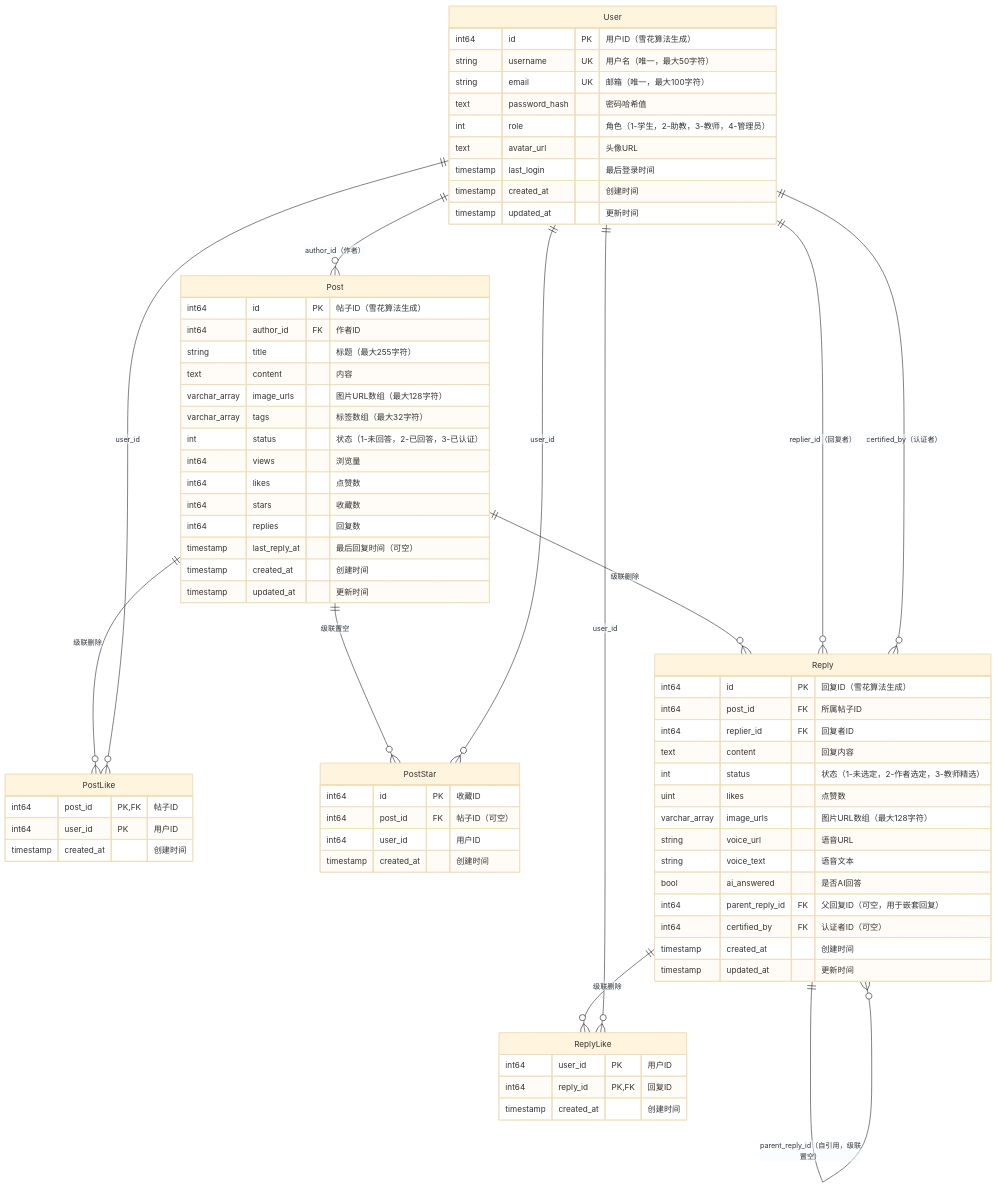
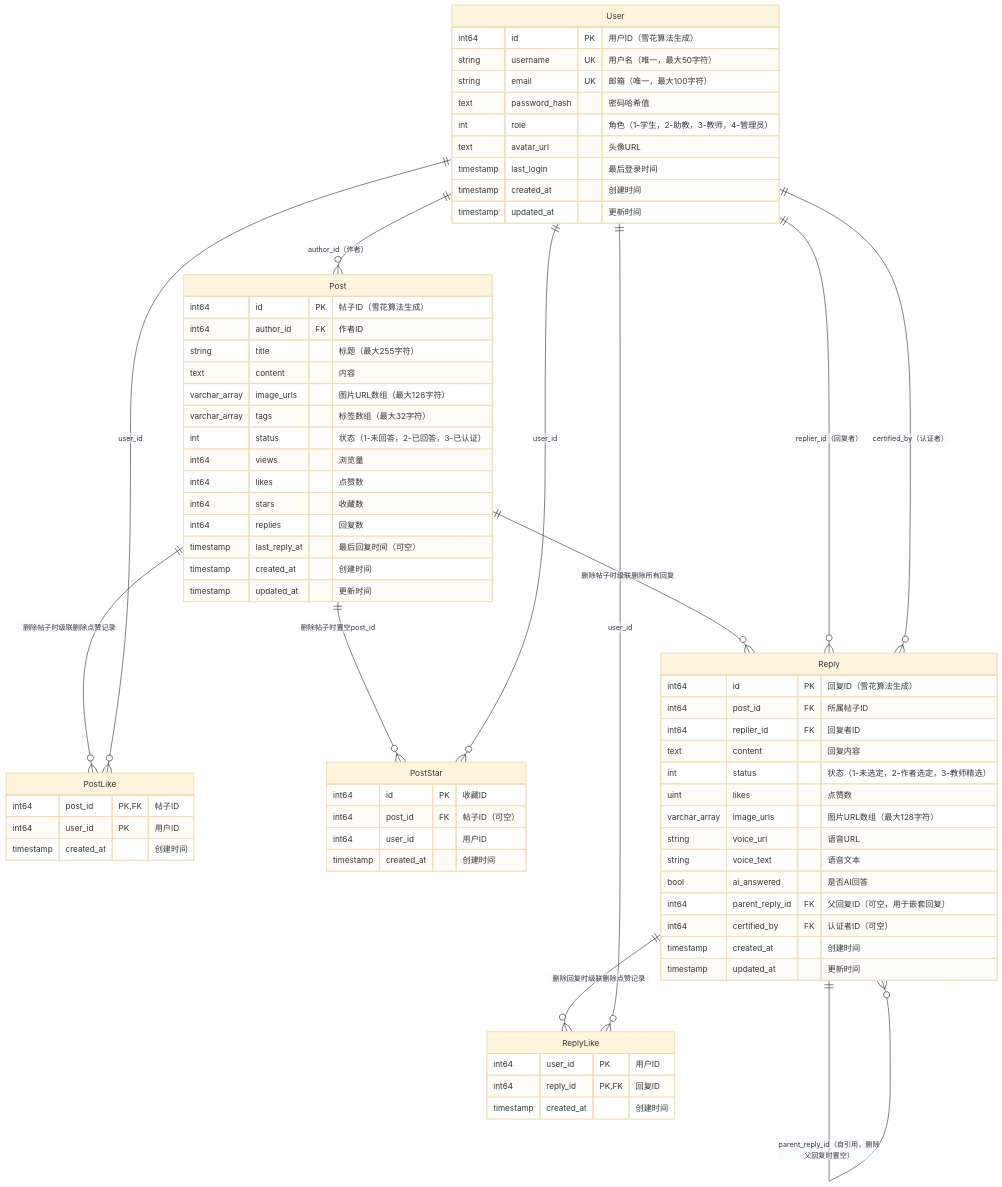
Before and after one commit to anlidy/HEUMathOverflow: the diagram in 数据库ER图.md, drawn with Mermaid (base theme). The commit also changed other lines of this file and 1 other file, not shown here.

Commit message:
Address code review feedback: improve ER diagram clarity and design notes

```diff
--- a/数据库ER图.md
+++ b/数据库ER图.md
@@ -95,13 +95,13 @@
     User ||--o{ Post : "author_id（作者）"
     
     %% 帖子相关关系
-    Post ||--o{ PostLike : "级联删除"
-    Post ||--o{ PostStar : "级联置空"
-    Post ||--o{ Reply : "级联删除"
+    Post ||--o{ PostLike : "删除帖子时级联删除点赞记录"
+    Post ||--o{ PostStar : "删除帖子时置空post_id"
+    Post ||--o{ Reply : "删除帖子时级联删除所有回复"
     
     %% 回复相关关系
-    Reply ||--o{ ReplyLike : "级联删除"
-    Reply ||--o{ Reply : "parent_reply_id（自引用，级联置空）"
+    Reply ||--o{ ReplyLike : "删除回复时级联删除点赞记录"
+    Reply ||--o{ Reply : "parent_reply_id（自引用，删除父回复时置空）"
     
     %% 用户与点赞/收藏的关系（跨数据库引用）
     User ||--o{ PostLike : "user_id"
```
